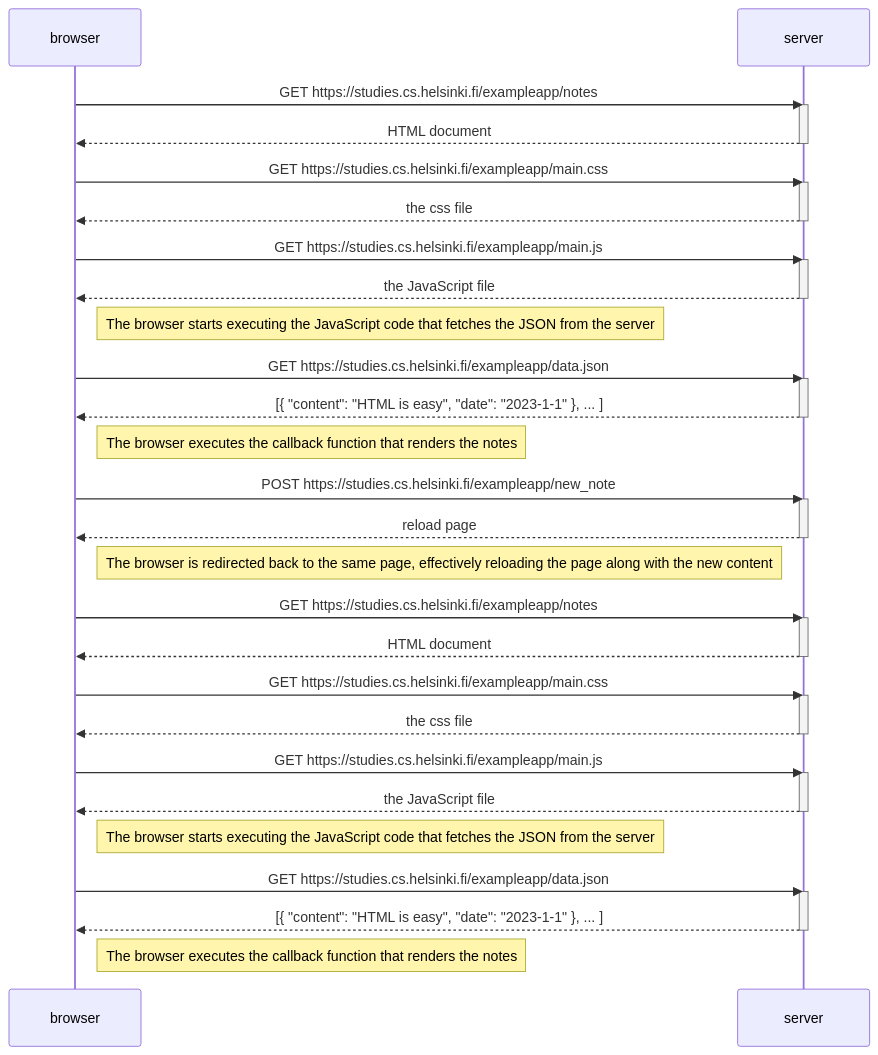
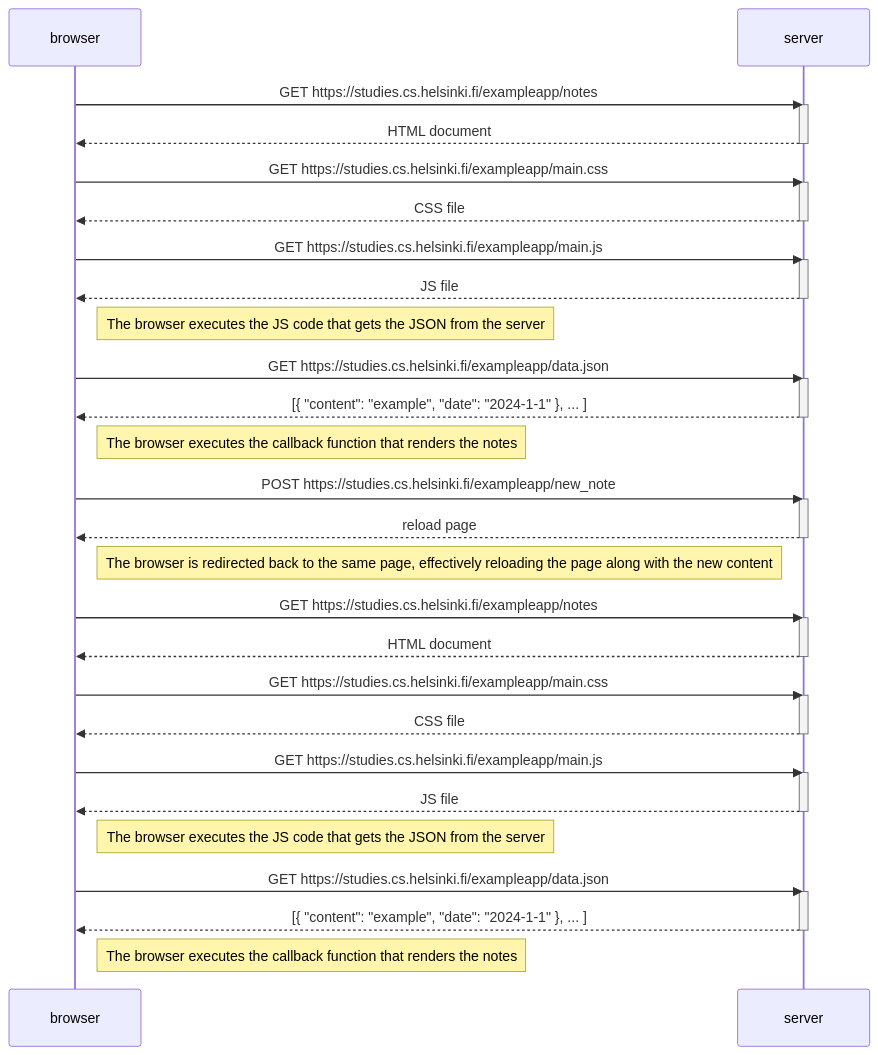
One commit to kakeWasTaken/full-stack-course changed the diagram in part0/notediagram.md. Above: the diagram before and after it, drawn with Mermaid.

````diff
--- a/part0/notediagram.md
+++ b/part0/notediagram.md
@@ -1,62 +1,62 @@
 ```mermaid
 
 sequenceDiagram
     participant browser
     participant server
 
     browser->>server: GET https://studies.cs.helsinki.fi/exampleapp/notes
     activate server
     server-->>browser: HTML document
     deactivate server
 
     browser->>server: GET https://studies.cs.helsinki.fi/exampleapp/main.css
     activate server
-    server-->>browser: the css file
+    server-->>browser: CSS file
     deactivate server
 
     browser->>server: GET https://studies.cs.helsinki.fi/exampleapp/main.js
     activate server
-    server-->>browser: the JavaScript file
+    server-->>browser: JS file
     deactivate server
 
-    Note right of browser: The browser starts executing the JavaScript code that fetches the JSON from the server
+    Note right of browser: The browser executes the JS code that gets the JSON from the server
 
     browser->>server: GET https://studies.cs.helsinki.fi/exampleapp/data.json
     activate server
-    server-->>browser: [{ "content": "HTML is easy", "date": "2023-1-1" }, ... ]
+    server-->>browser: [{ "content": "example", "date": "2024-1-1" }, ... ]
     deactivate server
 
     Note right of browser: The browser executes the callback function that renders the notes
 
     browser->>server: POST https://studies.cs.helsinki.fi/exampleapp/new_note
     activate server
     server-->>browser: reload page
     deactivate server
 
     Note right of browser: The browser is redirected back to the same page, effectively reloading the page along with the new content
 
     browser->>server: GET https://studies.cs.helsinki.fi/exampleapp/notes
     activate server
     server-->>browser: HTML document
     deactivate server
 
     browser->>server: GET https://studies.cs.helsinki.fi/exampleapp/main.css
     activate server
-    server-->>browser: the css file
+    server-->>browser: CSS file
     deactivate server
 
     browser->>server: GET https://studies.cs.helsinki.fi/exampleapp/main.js
     activate server
-    server-->>browser: the JavaScript file
+    server-->>browser: JS file
     deactivate server
 
-    Note right of browser: The browser starts executing the JavaScript code that fetches the JSON from the server
+    Note right of browser: The browser executes the JS code that gets the JSON from the server
 
     browser->>server: GET https://studies.cs.helsinki.fi/exampleapp/data.json
     activate server
-    server-->>browser: [{ "content": "HTML is easy", "date": "2023-1-1" }, ... ]
+    server-->>browser: [{ "content": "example", "date": "2024-1-1" }, ... ]
     deactivate server
 
     Note right of browser: The browser executes the callback function that renders the notes
 
 ```
````
